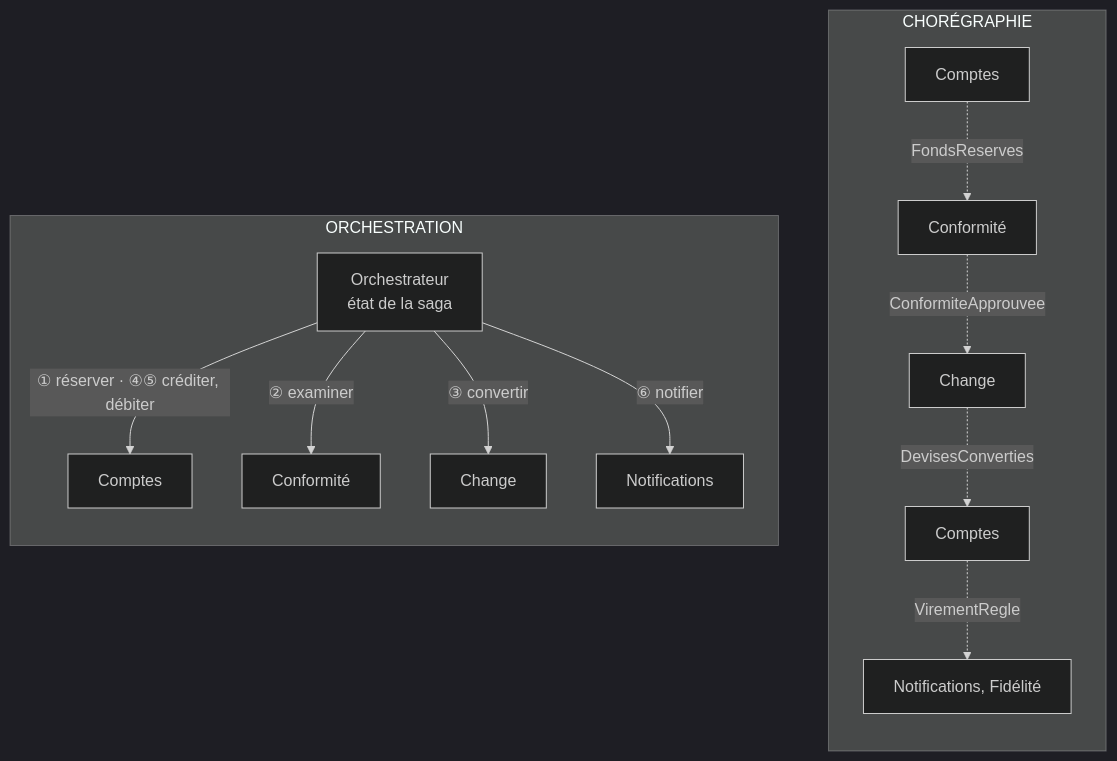
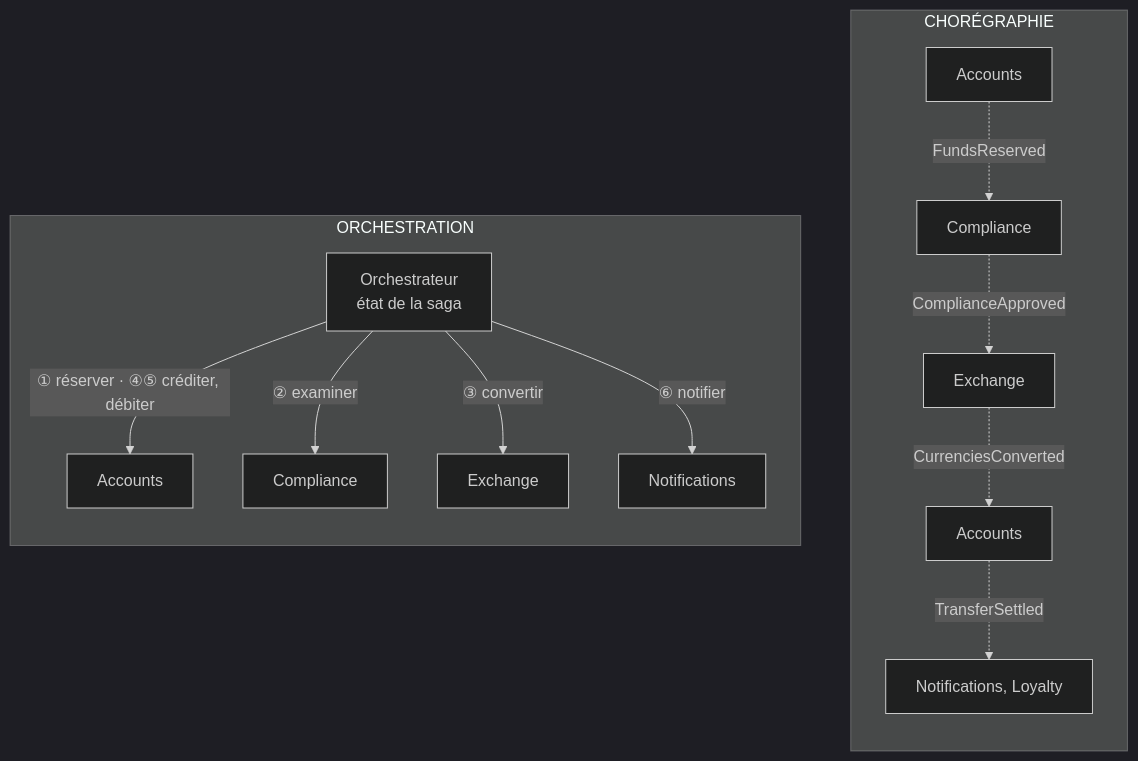
The diagram in Docs/differences/12-saga-orchestree-vs-choregraphie.md (drangoht/ArchitecturesDemo), drawn with Mermaid (dark theme) before and after one commit. The commit also changed other lines of this file and 70 other files, not shown here.

Commit message:
Docs FR : identifiants, liens, diagrammes et sorties alignés sur le code anglais

````diff
--- a/Docs/differences/12-saga-orchestree-vs-choregraphie.md
+++ b/Docs/differences/12-saga-orchestree-vs-choregraphie.md
@@ -39,18 +39,18 @@
 ```mermaid
 flowchart LR
     subgraph O["ORCHESTRATION"]
         direction TB
-        OR["Orchestrateur<br/>état de la saga"] -->|"① réserver · ④⑤ créditer, débiter"| C1["Comptes"]
-        OR -->|"② examiner"| K1["Conformité"]
-        OR -->|"③ convertir"| X1["Change"]
+        OR["Orchestrateur<br/>état de la saga"] -->|"① réserver · ④⑤ créditer, débiter"| C1["Accounts"]
+        OR -->|"② examiner"| K1["Compliance"]
+        OR -->|"③ convertir"| X1["Exchange"]
         OR -->|"⑥ notifier"| N1["Notifications"]
     end
     subgraph C["CHORÉGRAPHIE"]
         direction TB
-        C2["Comptes"] -.->|"FondsReserves"| K2["Conformité"]
-        K2 -.->|"ConformiteApprouvee"| X2["Change"]
-        X2 -.->|"DevisesConverties"| C3["Comptes"]
-        C3 -.->|"VirementRegle"| N2["Notifications, Fidélité"]
+        C2["Accounts"] -.->|"FundsReserved"| K2["Compliance"]
+        K2 -.->|"ComplianceApproved"| X2["Exchange"]
+        X2 -.->|"CurrenciesConverted"| C3["Accounts"]
+        C3 -.->|"TransferSettled"| N2["Notifications, Loyalty"]
     end
     O ~~~ C
 ```
````
